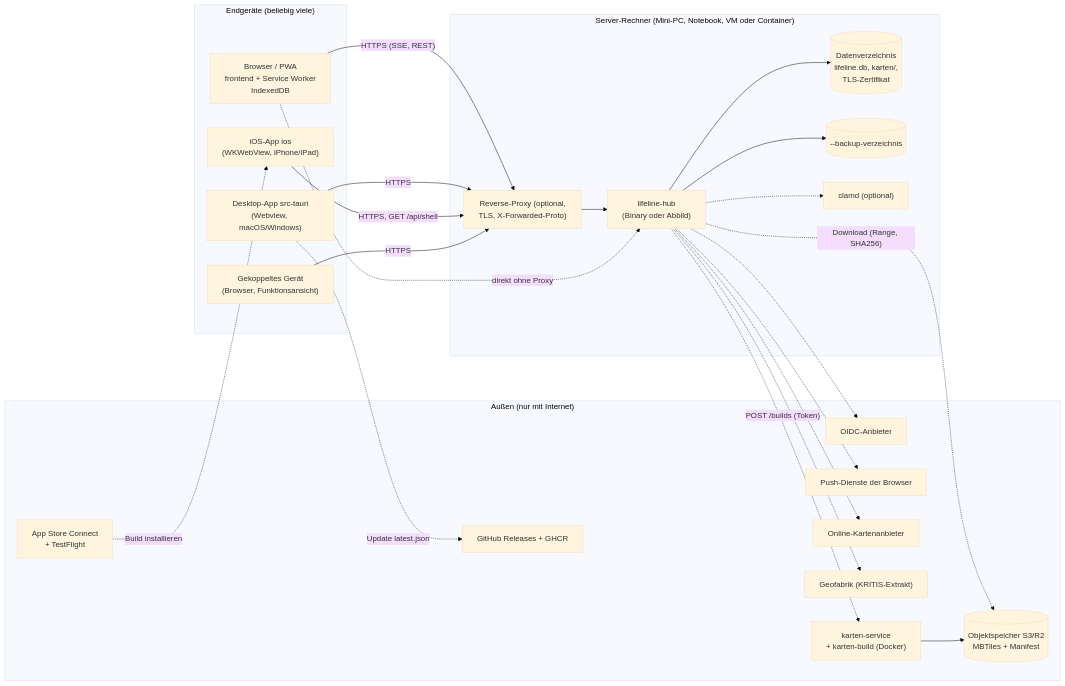
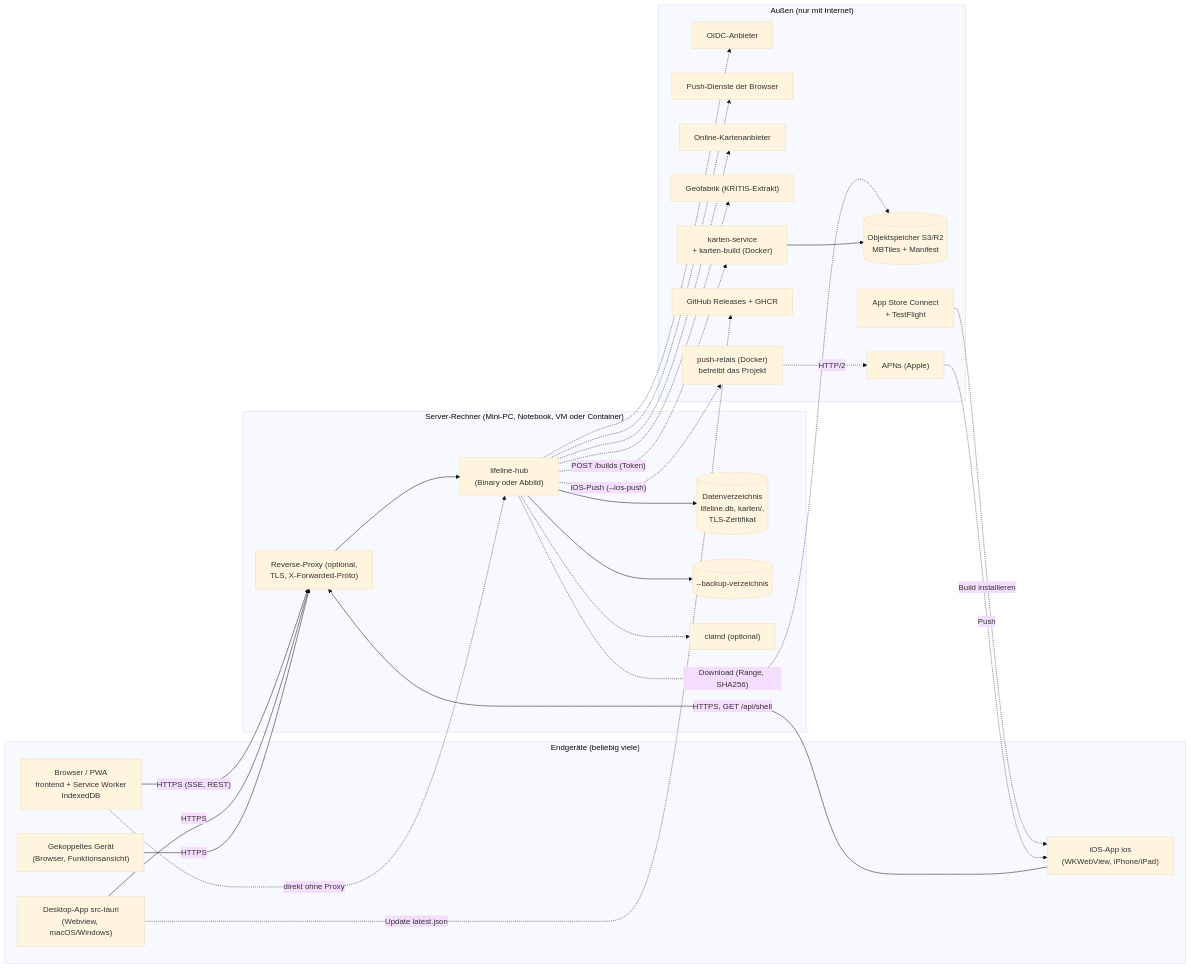
One commit to rubenvitt/lifeline-hub changed the first of 2 diagrams in docs/architektur/07-verteilungssicht.md. Above: the diagram before and after it, drawn with Mermaid (base theme). The commit also changed other lines of this file and 14 other files, not shown here.

````diff
--- a/docs/architektur/07-verteilungssicht.md
+++ b/docs/architektur/07-verteilungssicht.md
@@ -14,44 +14,49 @@
 ```mermaid
 flowchart LR
   subgraph EG["Endgeräte (beliebig viele)"]
     BR["Browser / PWA<br/>frontend + Service Worker<br/>IndexedDB"]
     DT["Desktop-App src-tauri<br/>(Webview, macOS/Windows)"]
     IOS["iOS-App ios<br/>(WKWebView, iPhone/iPad)"]
     GK["Gekoppeltes Gerät<br/>(Browser, Funktionsansicht)"]
   end
   subgraph SR["Server-Rechner (Mini-PC, Notebook, VM oder Container)"]
     RP["Reverse-Proxy (optional,<br/>TLS, X-Forwarded-Proto)"]
     LH["lifeline-hub<br/>(Binary oder Abbild)"]
     DATA[("Datenverzeichnis<br/>lifeline.db, karten/,<br/>TLS-Zertifikat")]
     BK[("--backup-verzeichnis")]
     CL["clamd (optional)"]
   end
   subgraph EXT["Außen (nur mit Internet)"]
     IDP["OIDC-Anbieter"]
     PUSH["Push-Dienste der Browser"]
     TILE["Online-Kartenanbieter"]
     GEO["Geofabrik (KRITIS-Extrakt)"]
     OS[("Objektspeicher S3/R2<br/>MBTiles + Manifest")]
     KS["karten-service<br/>+ karten-build (Docker)"]
     GH["GitHub Releases + GHCR"]
     TF["App Store Connect<br/>+ TestFlight"]
+    RL["push-relais (Docker)<br/>betreibt das Projekt"]
+    APNS["APNs (Apple)"]
   end
   BR -->|"HTTPS (SSE, REST)"| RP
   DT -->|HTTPS| RP
   IOS -->|"HTTPS, GET /api/shell"| RP
   GK -->|HTTPS| RP
   RP --> LH
   BR -.->|"direkt ohne Proxy"| LH
   LH --> DATA
   LH --> BK
   LH -.-> CL
   LH -.-> IDP
   LH -.-> PUSH
   LH -.-> TILE
   LH -.-> GEO
   LH -.->|"Download (Range, SHA256)"| OS
   LH -.->|"POST /builds (Token)"| KS
   KS --> OS
   DT -.->|"Update latest.json"| GH
   TF -.->|"Build installieren"| IOS
+  LH -.->|"iOS-Push (--ios-push)"| RL
+  RL -.->|"HTTP/2"| APNS
+  APNS -.->|Push| IOS
 ```
````
